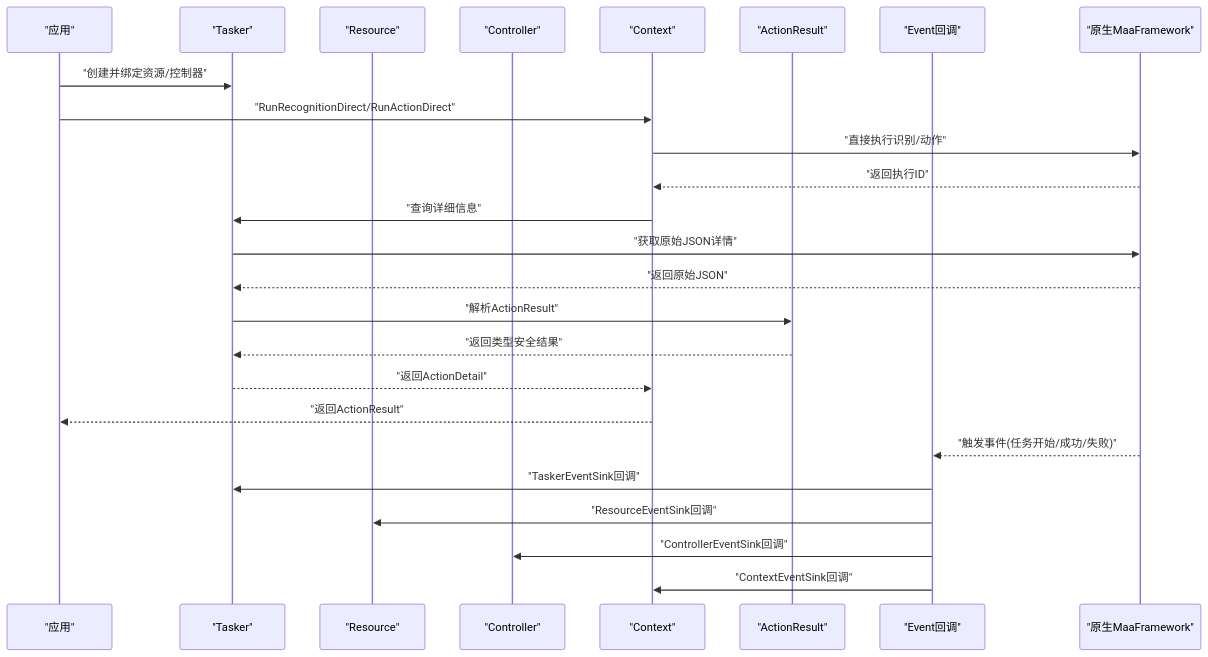
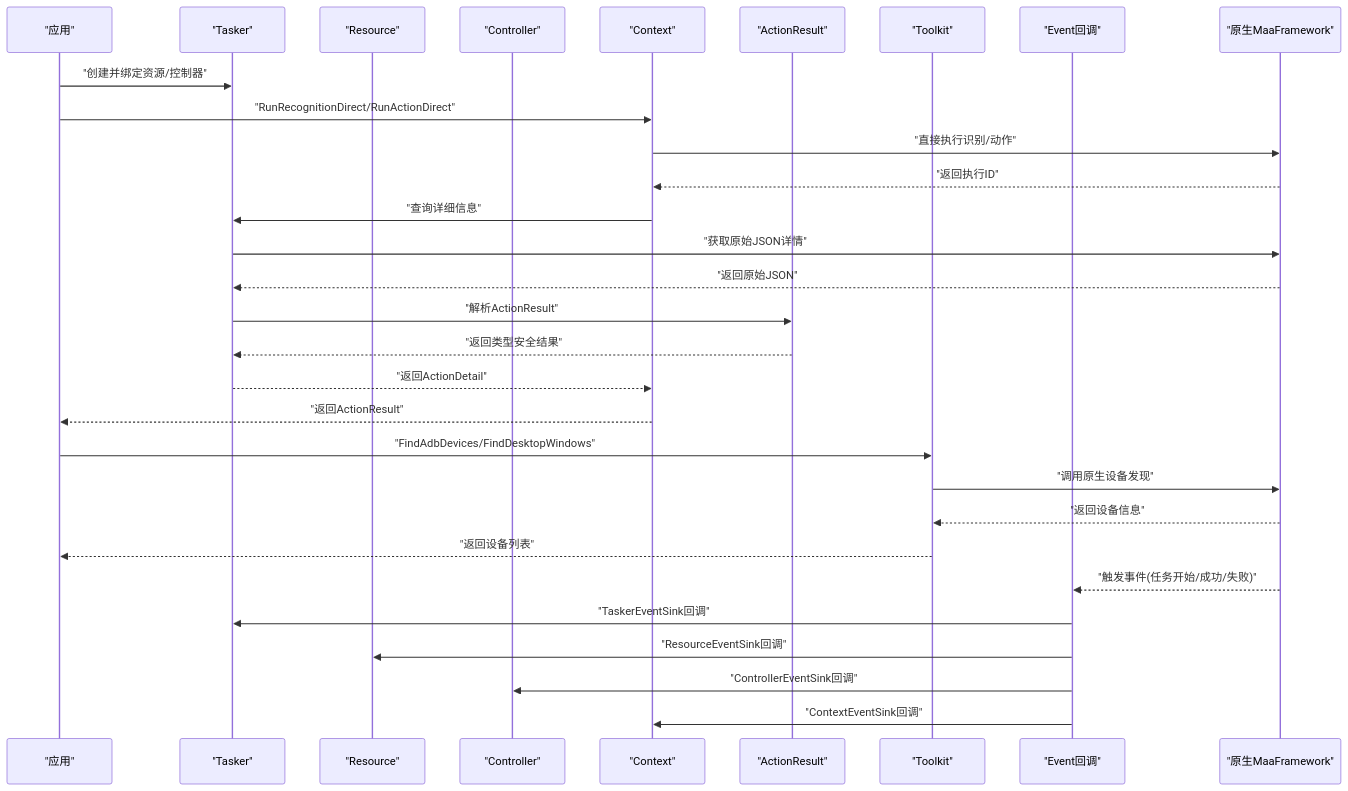
The second of 11 diagrams in .qoder/repowiki/zh/content/API 参考/maafw-golang API 参考.md (kqcoxn/MaaPipelineEditor), drawn with Mermaid before and after one commit. The commit also changed other lines of this file and 9 other files, not shown here.

````diff
--- a/.qoder/repowiki/zh/content/API 参考/maafw-golang API 参考.md
+++ b/.qoder/repowiki/zh/content/API 参考/maafw-golang API 参考.md
@@ -156,27 +168,32 @@
 ```mermaid
 sequenceDiagram
 participant App as "应用"
 participant Tasker as "Tasker"
 participant Res as "Resource"
 participant Ctrl as "Controller"
 participant Ctx as "Context"
 participant AR as "ActionResult"
+participant TK as "Toolkit"
 participant Ev as "Event回调"
 participant Native as "原生MaaFramework"
 App->>Tasker : "创建并绑定资源/控制器"
 App->>Ctx : "RunRecognitionDirect/RunActionDirect"
 Ctx->>Native : "直接执行识别/动作"
 Native-->>Ctx : "返回执行ID"
 Ctx->>Tasker : "查询详细信息"
 Tasker->>Native : "获取原始JSON详情"
 Native-->>Tasker : "返回原始JSON"
 Tasker->>AR : "解析ActionResult"
 AR-->>Tasker : "返回类型安全结果"
 Tasker-->>Ctx : "返回ActionDetail"
 Ctx-->>App : "返回ActionResult"
+App->>TK : "FindAdbDevices/FindDesktopWindows"
+TK->>Native : "调用原生设备发现"
+Native-->>TK : "返回设备信息"
+TK-->>App : "返回设备列表"
 Native-->>Ev : "触发事件(任务开始/成功/失败)"
 Ev->>Tasker : "TaskerEventSink回调"
 Ev->>Res : "ResourceEventSink回调"
 Ev->>Ctrl : "ControllerEventSink回调"
 Ev->>Ctx : "ContextEventSink回调"
 ```
````
